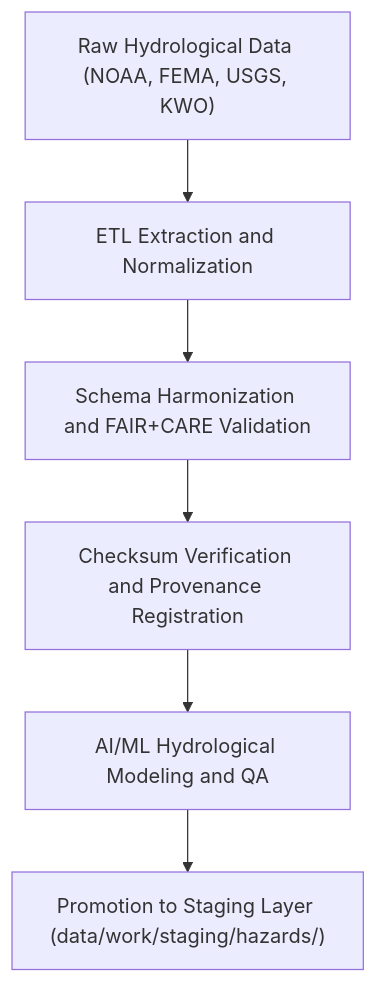
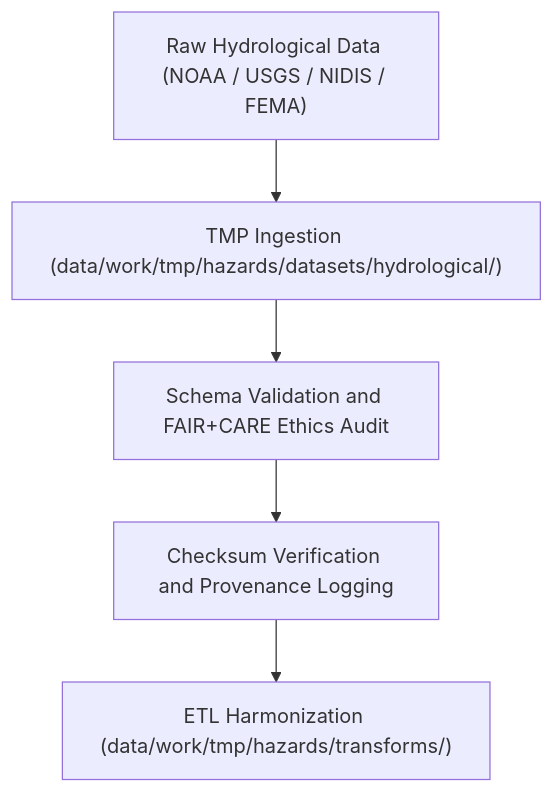
The diagram in data/work/tmp/hazards/datasets/hydrological/README.md (bartytime4life/Kansas-Frontier-Matrix), drawn with Mermaid before and after one commit. The commit also changed other lines of this file, not shown here.

````diff
--- a/data/work/tmp/hazards/datasets/hydrological/README.md
+++ b/data/work/tmp/hazards/datasets/hydrological/README.md
@@ -71,8 +63,7 @@
 ```mermaid
 flowchart TD
-    A["Raw Hydrological Data (NOAA, FEMA, USGS, KWO)"] --> B["ETL Extraction and Normalization"]
-    B --> C["Schema Harmonization and FAIR+CARE Validation"]
-    C --> D["Checksum Verification and Provenance Registration"]
-    D --> E["AI/ML Hydrological Modeling and QA"]
-    E --> F["Promotion to Staging Layer (data/work/staging/hazards/)"]
+    A["Raw Hydrological Data (NOAA / USGS / NIDIS / FEMA)"] --> B["TMP Ingestion (data/work/tmp/hazards/datasets/hydrological/)"]
+    B --> C["Schema Validation and FAIR+CARE Ethics Audit"]
+    C --> D["Checksum Verification and Provenance Logging"]
+    D --> E["ETL Harmonization (data/work/tmp/hazards/transforms/)"]
 ```
````
